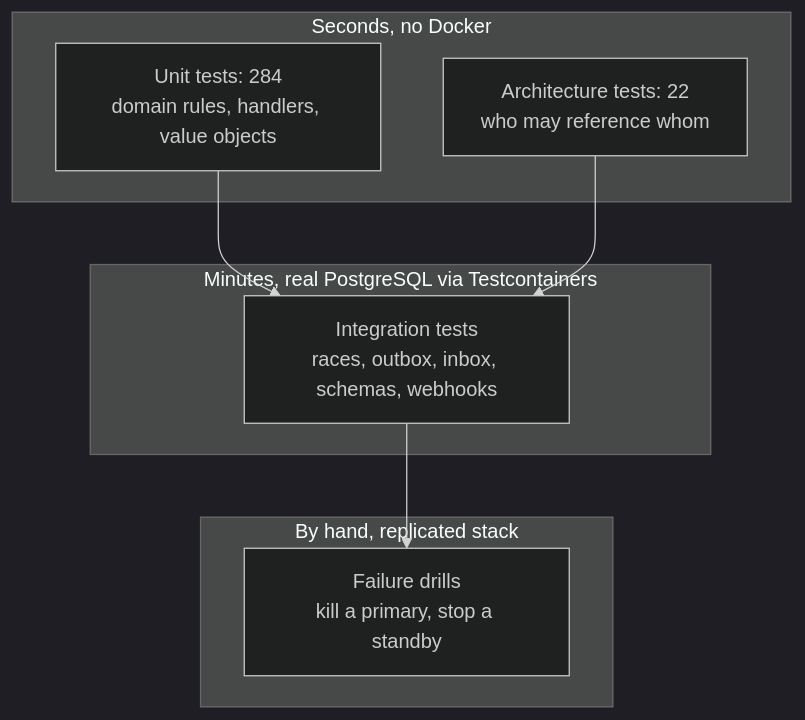
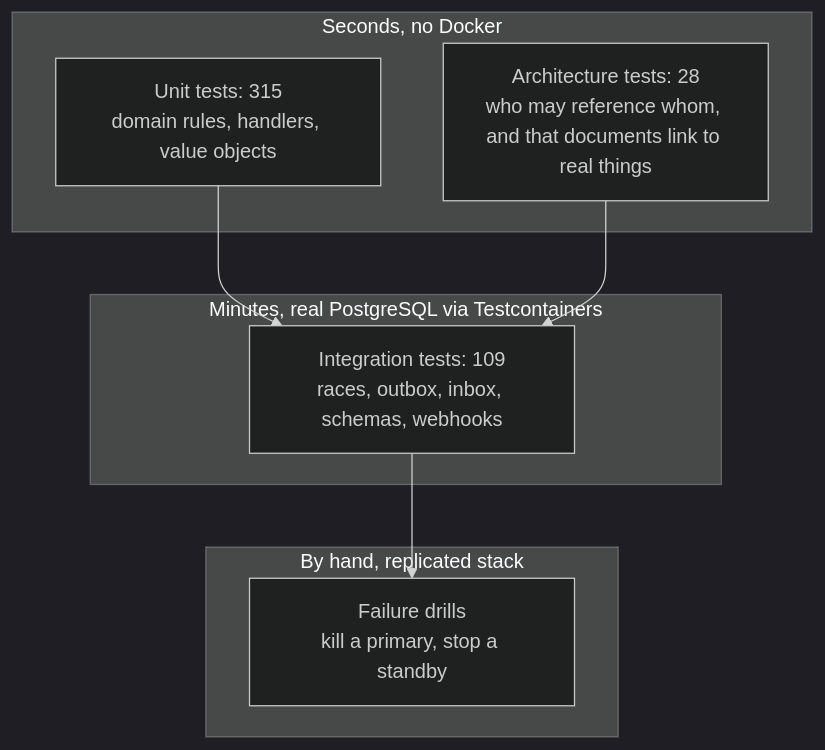
One commit to maysamgamini/crowdfundinghub changed the first of 2 diagrams in docs/TESTS_THAT_TEACH.md. Above: the diagram before and after it, drawn with Mermaid (dark theme). The commit also changed other lines of this file and 31 other files, not shown here.

First line of the commit message:
docs: make the documents agree with the code and add documentation tests

````diff
--- a/docs/TESTS_THAT_TEACH.md
+++ b/docs/TESTS_THAT_TEACH.md
@@ -7,16 +7,16 @@
 ```mermaid
 flowchart TB
     subgraph Fast["Seconds, no Docker"]
-        U["Unit tests: 284<br/>domain rules, handlers, value objects"]
-        A["Architecture tests: 22<br/>who may reference whom"]
+        U["Unit tests: 315<br/>domain rules, handlers, value objects"]
+        A["Architecture tests: 28<br/>who may reference whom, and that documents link to real things"]
     end
     subgraph Slow["Minutes, real PostgreSQL via Testcontainers"]
-        I["Integration tests<br/>races, outbox, inbox, schemas, webhooks"]
+        I["Integration tests: 109<br/>races, outbox, inbox, schemas, webhooks"]
     end
     subgraph Drills["By hand, replicated stack"]
         D["Failure drills<br/>kill a primary, stop a standby"]
     end
     U --> I
     A --> I
     I --> D
 ```
````
